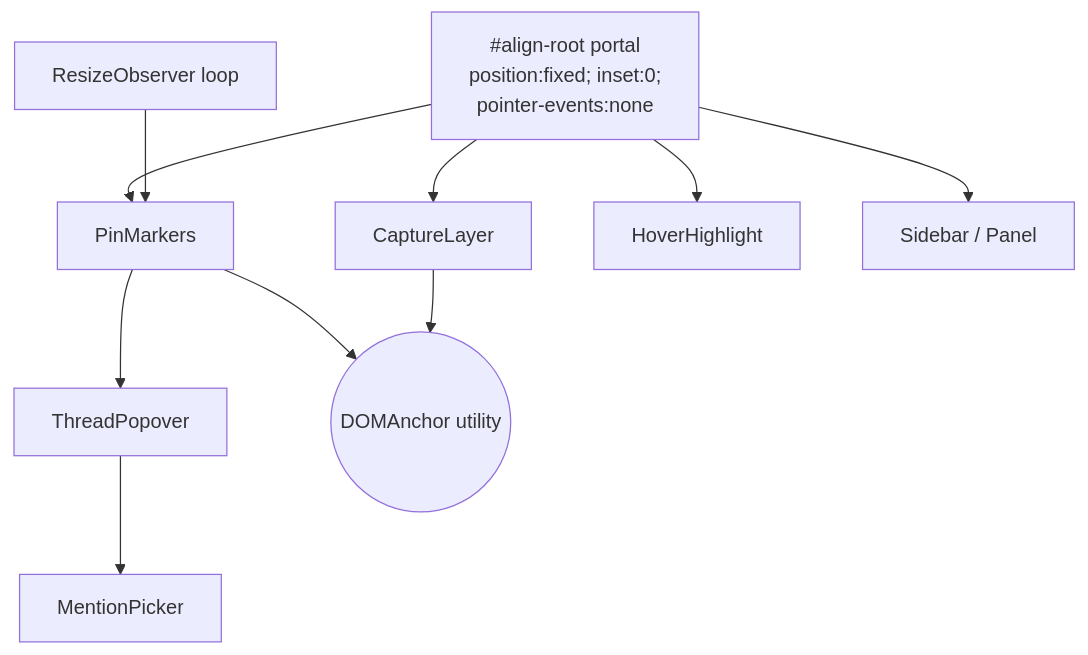
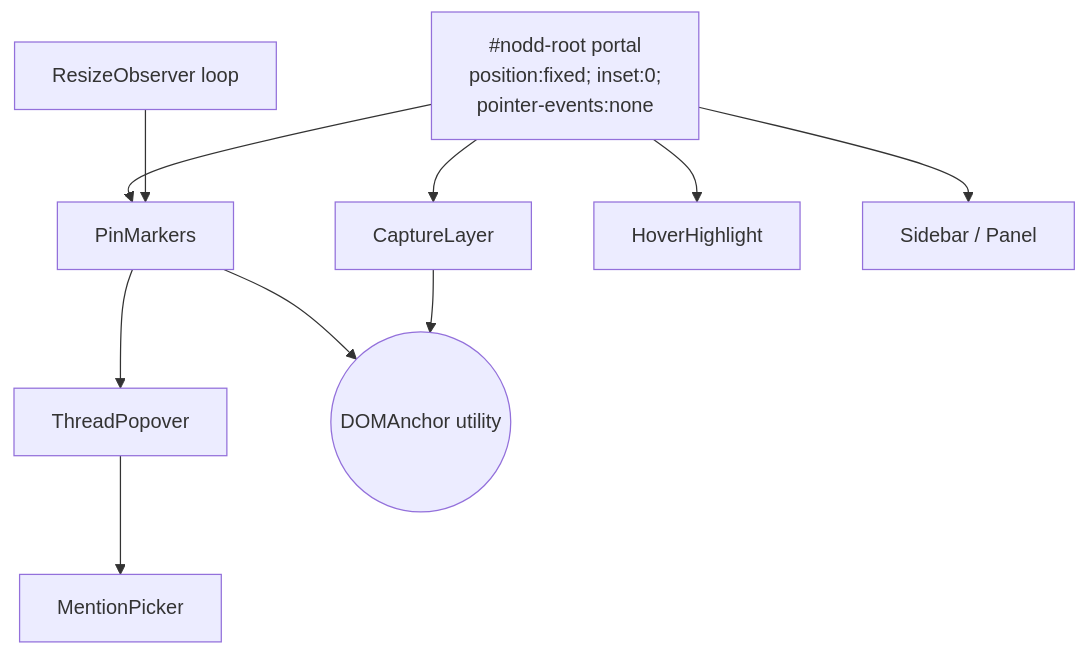
One commit to vadim-lobodin/nodd changed the diagram in src/overlay/README.md. Above: the diagram before and after it, drawn with Mermaid. The commit also changed other lines of this file and 40 other files, not shown here.

First line of the commit message:
Rename project from Align to Nodd

````diff
--- a/src/overlay/README.md
+++ b/src/overlay/README.md
@@ -20,13 +20,13 @@
 ```mermaid
 graph TD
-  Portal["#align-root portal<br/>position:fixed; inset:0;<br/>pointer-events:none"]
+  Portal["#nodd-root portal<br/>position:fixed; inset:0;<br/>pointer-events:none"]
   Portal --> Capture[CaptureLayer]
   Portal --> Pins[PinMarkers]
   Portal --> Hover[HoverHighlight]
   Portal --> Sidebar[Sidebar / Panel]
   Pins --> Thread[ThreadPopover]
   Thread --> Mention[MentionPicker]
   Pins --> Anchor((DOMAnchor utility))
   Capture --> Anchor
   RO[ResizeObserver loop] --> Pins
 ```
````
